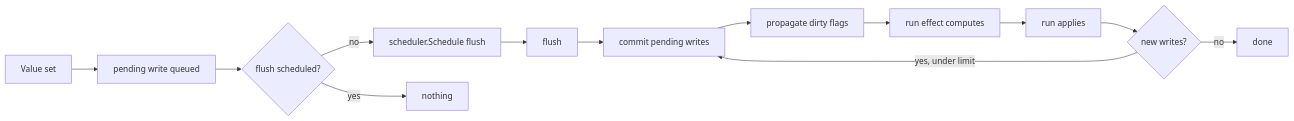
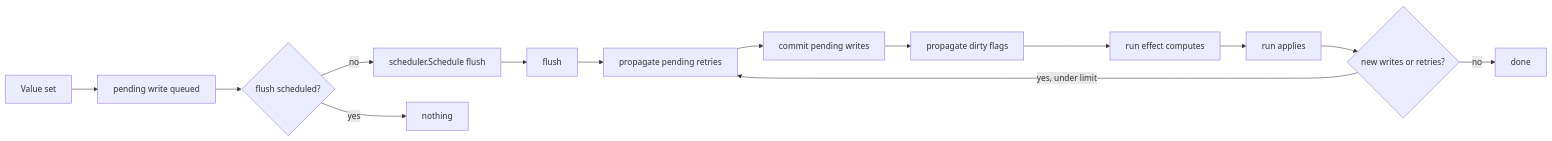
Before and after one commit to danfma/metanui: the diagram in docs/design/0001-reactive-core.md, drawn with Mermaid. The commit also changed other lines of this file and 8 other files, not shown here.

````diff
--- a/docs/design/0001-reactive-core.md
+++ b/docs/design/0001-reactive-core.md
@@ -121,15 +121,16 @@
 ```mermaid
 flowchart LR
   W[Value set] --> Q[pending write queued]
   Q --> S{flush scheduled?}
   S -- no --> P[scheduler.Schedule flush]
   S -- yes --> Z[nothing]
   P --> F[flush]
-  F --> F1[commit pending writes]
+  F --> F0[propagate pending retries]
+  F0 --> F1[commit pending writes]
   F1 --> F2[propagate dirty flags]
   F2 --> F3[run effect computes]
   F3 --> F4[run applies]
-  F4 --> F5{new writes?}
-  F5 -- yes, under limit --> F1
+  F4 --> F5{new writes or retries?}
+  F5 -- yes, under limit --> F0
   F5 -- no --> E[done]
 ```
````
